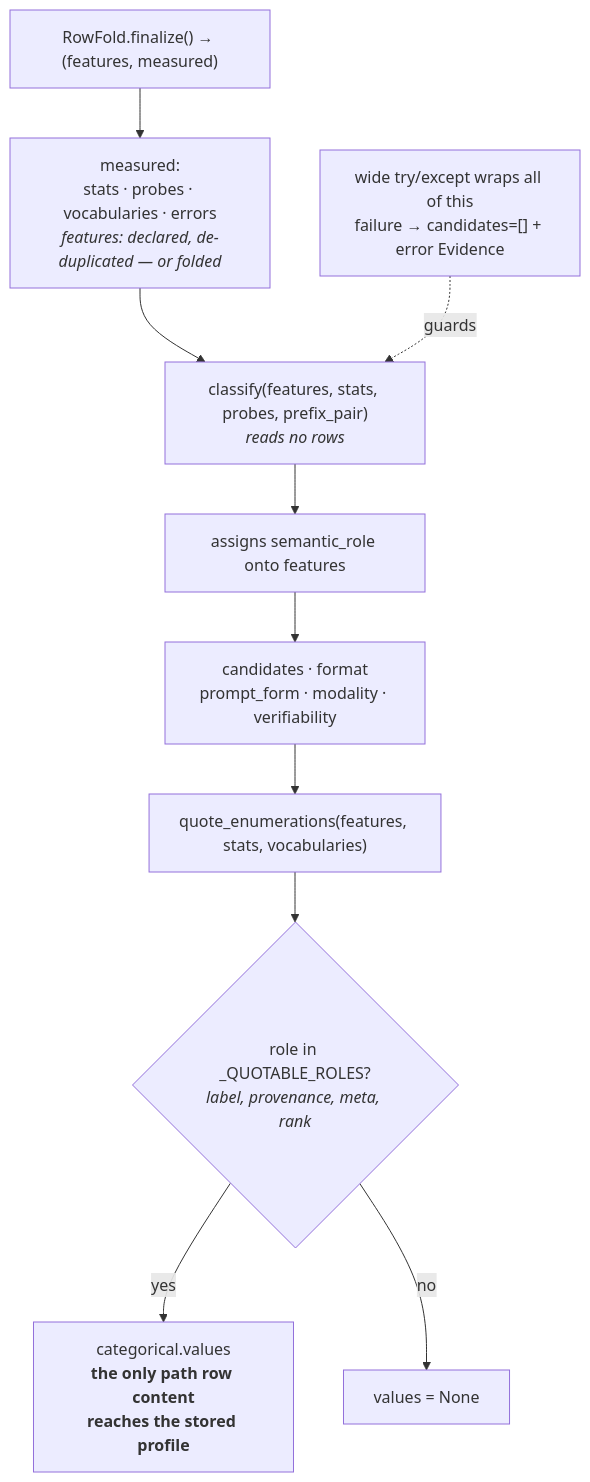
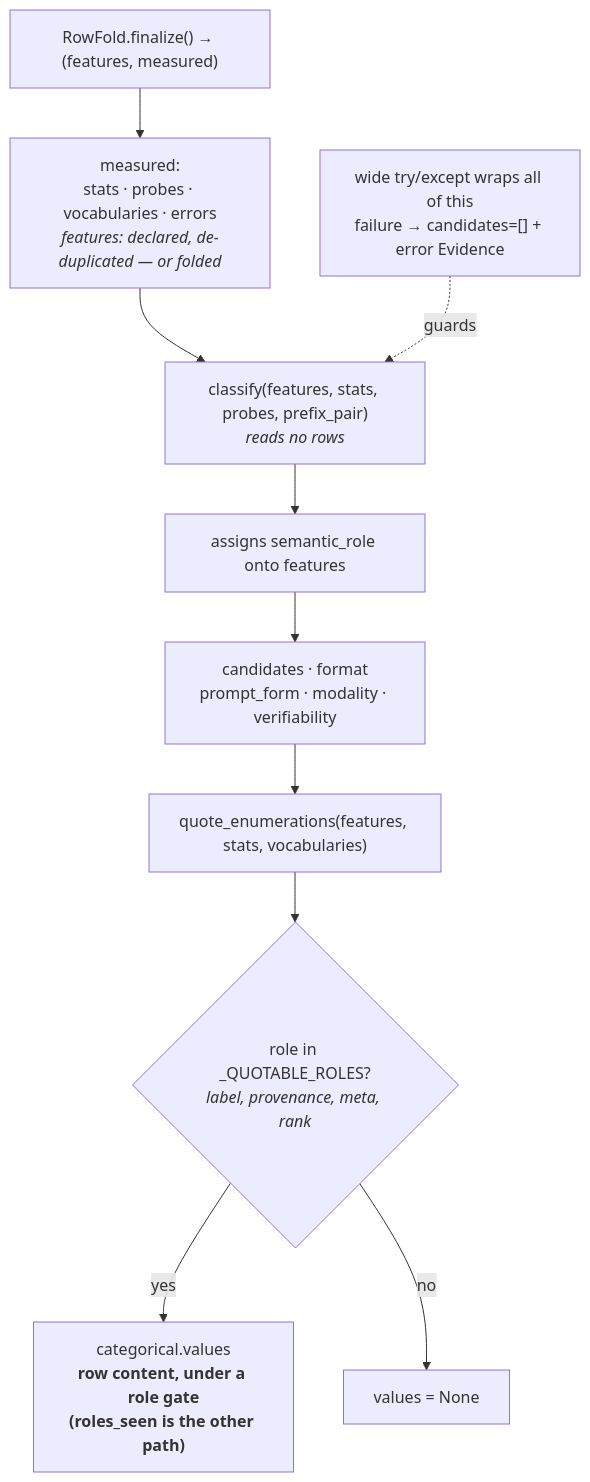
One commit to NVIDIA-NeMo/nemo-platform changed the third of 3 diagrams in plugins/nemo-datasets/README.md. Above: the diagram before and after it, drawn with Mermaid. The commit also changed other lines of this file and 3 other files, not shown here.

````diff
--- a/plugins/nemo-datasets/README.md
+++ b/plugins/nemo-datasets/README.md
@@ -521,17 +521,17 @@
 ```mermaid
 flowchart TD
     FIN["RowFold.finalize() → (features, measured)"]
     FIN --> M["measured:<br/>stats · probes · vocabularies · errors<br/><i>features: declared, de-duplicated — or folded</i>"]
 
     M --> CLS["classify(features, stats, probes, prefix_pair)<br/><i>reads no rows</i>"]
     CLS --> ROLES["assigns semantic_role onto features"]
     ROLES --> AXES["candidates · format<br/>prompt_form · modality · verifiability"]
 
     AXES --> QUOTE["quote_enumerations(features, stats, vocabularies)"]
     QUOTE --> GATE{"role in _QUOTABLE_ROLES?<br/><i>label, provenance, meta, rank</i>"}
-    GATE -->|"yes"| VALS["categorical.values<br/><b>the only path row content<br/>reaches the stored profile</b>"]
+    GATE -->|"yes"| VALS["categorical.values<br/><b>row content, under a role gate<br/>(roles_seen is the other path)</b>"]
     GATE -->|"no"| NONE["values = None"]
 
     GUARD["wide try/except wraps all of this<br/>failure → candidates=[] + error Evidence"]
     GUARD -.->|"guards"| CLS
 ```
````
